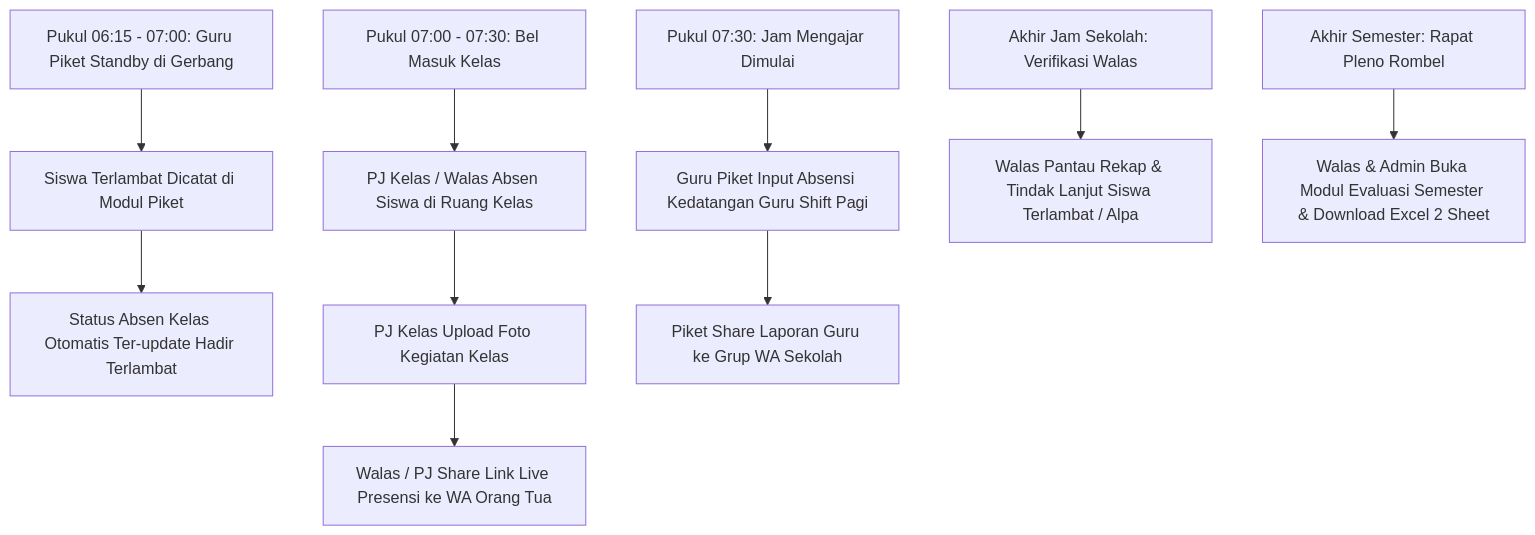
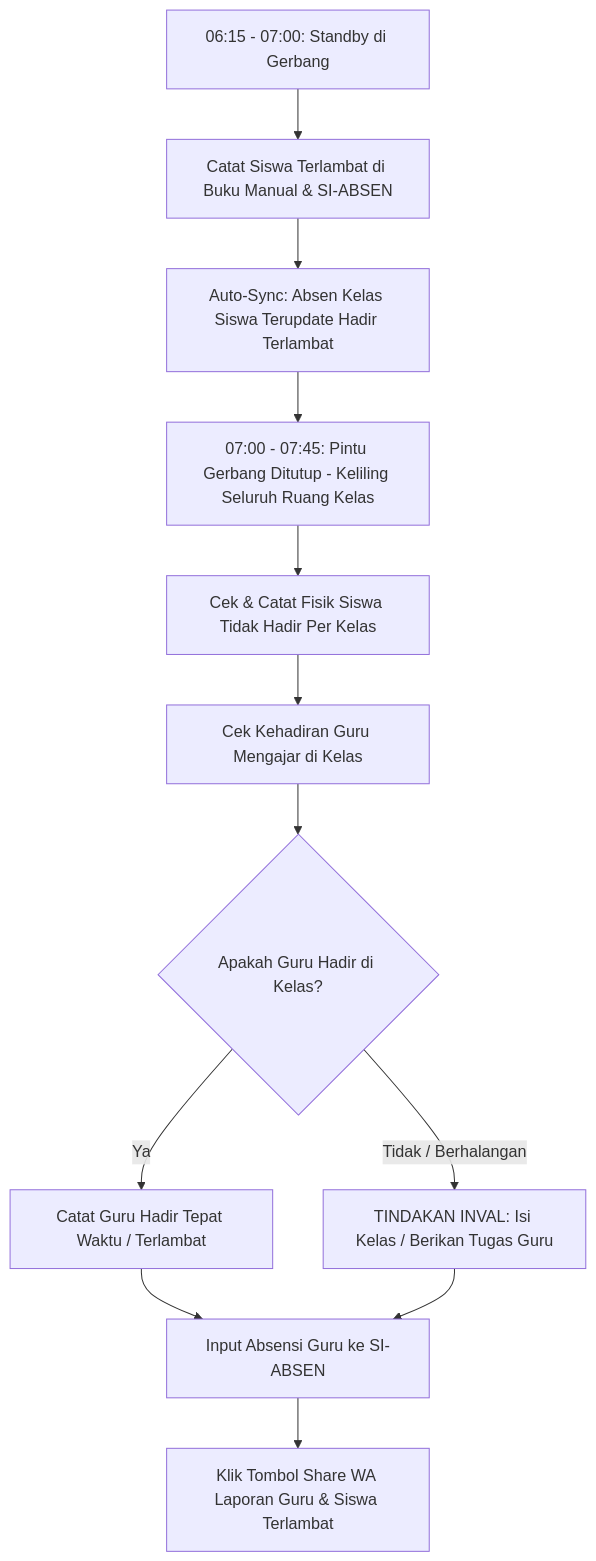
The diagram in PANDUAN_PENGGUNAAN.md (sutrisno1993/SI-Absensi), drawn with Mermaid before and after one commit. The commit also changed other lines of this file and 3 other files, not shown here.

Commit message:
docs: sesuaikan panduan 2 cabang SMK 11 Maret (Bekasi & Jakarta) dan alur lengkap guru piket

````diff
--- a/PANDUAN_PENGGUNAAN.md
+++ b/PANDUAN_PENGGUNAAN.md
@@ -362,12 +279,14 @@
 ```mermaid
 graph TD
-    A[Pukul 06:15 - 07:00: Guru Piket Standby di Gerbang] --> B[Siswa Terlambat Dicatat di Modul Piket]
-    B --> C[Status Absen Kelas Otomatis Ter-update Hadir Terlambat]
-    D[Pukul 07:00 - 07:30: Bel Masuk Kelas] --> E[PJ Kelas / Walas Absen Siswa di Ruang Kelas]
-    E --> F[PJ Kelas Upload Foto Kegiatan Kelas]
-    F --> G[Walas / PJ Share Link Live Presensi ke WA Orang Tua]
-    H[Pukul 07:30: Jam Mengajar Dimulai] --> I[Guru Piket Input Absensi Kedatangan Guru Shift Pagi]
-    I --> J[Piket Share Laporan Guru ke Grup WA Sekolah]
-    K[Akhir Jam Sekolah: Verifikasi Walas] --> L[Walas Pantau Rekap & Tindak Lanjut Siswa Terlambat / Alpa]
-    M[Akhir Semester: Rapat Pleno Rombel] --> N[Walas & Admin Buka Modul Evaluasi Semester & Download Excel 2 Sheet]
+    A[06:15 - 07:00: Standby di Gerbang] --> B[Catat Siswa Terlambat di Buku Manual & SI-ABSEN]
+    B --> C[Auto-Sync: Absen Kelas Siswa Terupdate Hadir Terlambat]
+    C --> D[07:00 - 07:45: Pintu Gerbang Ditutup - Keliling Seluruh Ruang Kelas]
+    D --> E[Cek & Catat Fisik Siswa Tidak Hadir Per Kelas]
+    E --> F[Cek Kehadiran Guru Mengajar di Kelas]
+    F --> G{Apakah Guru Hadir di Kelas?}
+    G -- Ya --> H[Catat Guru Hadir Tepat Waktu / Terlambat]
+    G -- Tidak / Berhalangan --> I[TINDAKAN INVAL: Isi Kelas / Berikan Tugas Guru]
+    H --> J[Input Absensi Guru ke SI-ABSEN]
+    I --> J
+    J --> K[Klik Tombol Share WA Laporan Guru & Siswa Terlambat]
 ```
````
